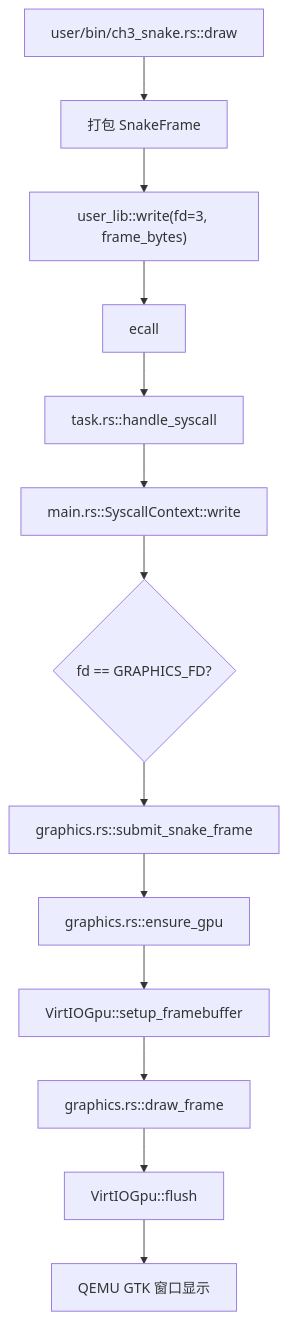
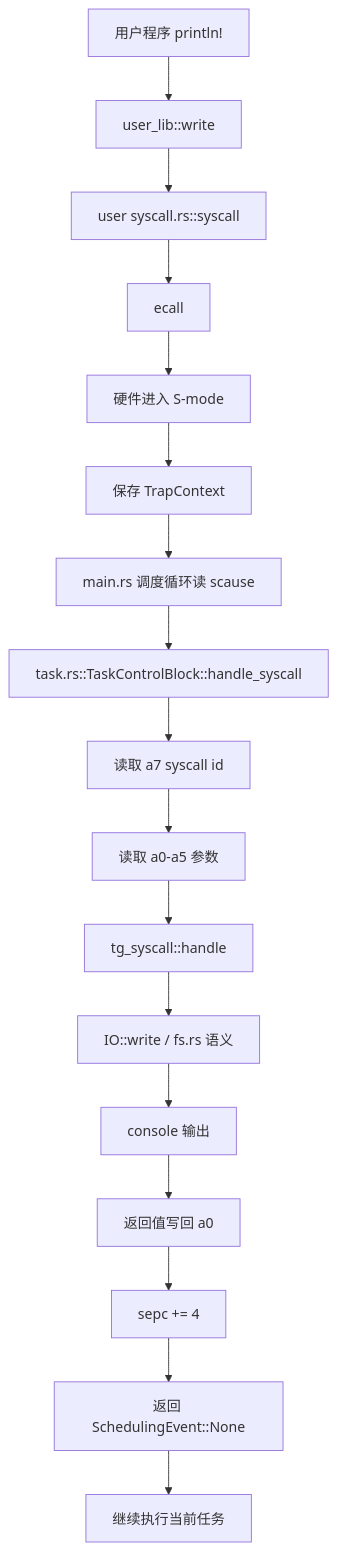
One commit to flyyansii/Tg-rCore-Tutorial-2026S changed the fourth of 8 diagrams in doc/ch3/rCore-ch3-代码链与模块对应底稿.md. Above: the diagram before and after it, drawn with Mermaid. The commit also changed other lines of this file and 7 other files, not shown here.

````diff
--- a/doc/ch3/rCore-ch3-代码链与模块对应底稿.md
+++ b/doc/ch3/rCore-ch3-代码链与模块对应底稿.md
@@ -114,15 +260,19 @@
 ```mermaid
 flowchart TD
-    A["user/bin/ch3_snake.rs::draw"] --> B["打包 SnakeFrame"]
-    B --> C["user_lib::write(fd=3, frame_bytes)"]
+    A["用户程序 println!"] --> B["user_lib::write"]
+    B --> C["user syscall.rs::syscall"]
     C --> D["ecall"]
-    D --> E["task.rs::handle_syscall"]
-    E --> F["main.rs::SyscallContext::write"]
-    F --> G{"fd == GRAPHICS_FD?"}
-    G --> H["graphics.rs::submit_snake_frame"]
-    H --> I["graphics.rs::ensure_gpu"]
-    I --> J["VirtIOGpu::setup_framebuffer"]
-    J --> K["graphics.rs::draw_frame"]
-    K --> L["VirtIOGpu::flush"]
-    L --> M["QEMU GTK 窗口显示"]
+    D --> E["硬件进入 S-mode"]
+    E --> F["保存 TrapContext"]
+    F --> G["main.rs 调度循环读 scause"]
+    G --> H["task.rs::TaskControlBlock::handle_syscall"]
+    H --> I["读取 a7 syscall id"]
+    I --> J["读取 a0-a5 参数"]
+    J --> K["tg_syscall::handle"]
+    K --> L["IO::write / fs.rs 语义"]
+    L --> M["console 输出"]
+    M --> N["返回值写回 a0"]
+    N --> O["sepc += 4"]
+    O --> P["返回 SchedulingEvent::None"]
+    P --> Q["继续执行当前任务"]
 ```
````
